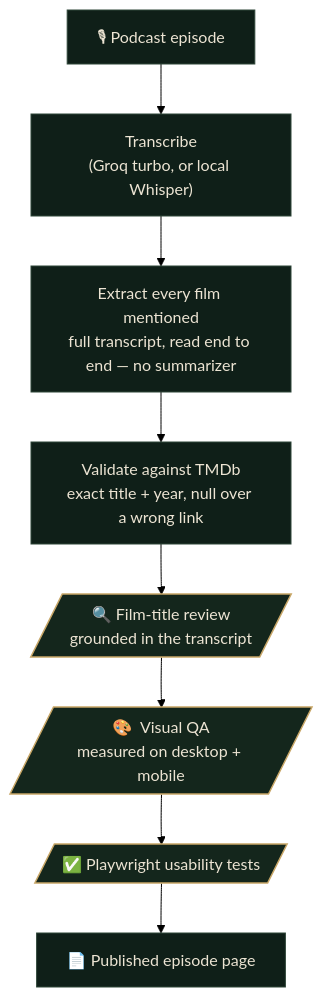
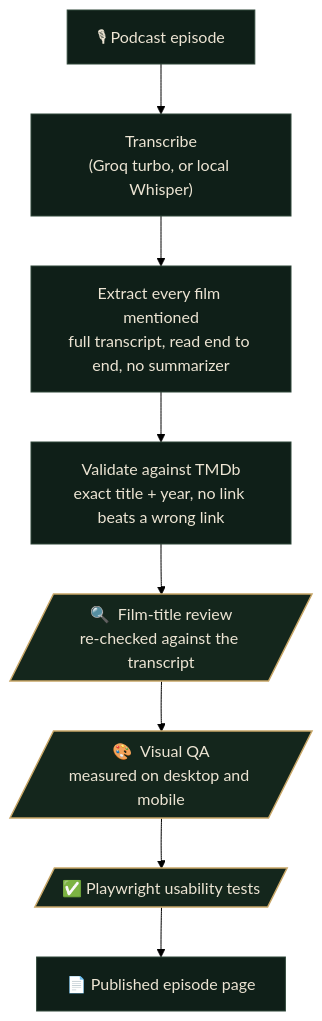
The diagram in README.md (kdorepos/the-full-picture), drawn with Mermaid (forest theme) before and after one commit. The commit also changed other lines of this file and 12 other files, not shown here.

````diff
--- a/README.md
+++ b/README.md
@@ -11,14 +11,14 @@
 ```mermaid
 flowchart TD
     A["🎙  Podcast episode"] --> B["Transcribe<br/>(Groq turbo, or local Whisper)"]
-    B --> C["Extract every film mentioned<br/>full transcript, read end to end — no summarizer"]
-    C --> D["Validate against TMDb<br/>exact title + year, null over a wrong link"]
-    D --> E[/"🔍  Film-title review<br/>grounded in the transcript"/]
-    E --> F[/"🎨  Visual QA<br/>measured on desktop + mobile"/]
+    B --> C["Extract every film mentioned<br/>full transcript, read end to end, no summarizer"]
+    C --> D["Validate against TMDb<br/>exact title + year, no link beats a wrong link"]
+    D --> E[/"🔍  Film-title review<br/>re-checked against the transcript"/]
+    E --> F[/"🎨  Visual QA<br/>measured on desktop and mobile"/]
     F --> G[/"✅  Playwright usability tests"/]
     G --> H["📄  Published episode page"]
     classDef step fill:#0f1f18,stroke:#2e4638,color:#ece4d3;
     classDef gate fill:#14261c,stroke:#c7a667,stroke-width:1.5px,color:#ece4d3;
     class A,B,C,D,H step;
     class E,F,G gate;
 ```
````
